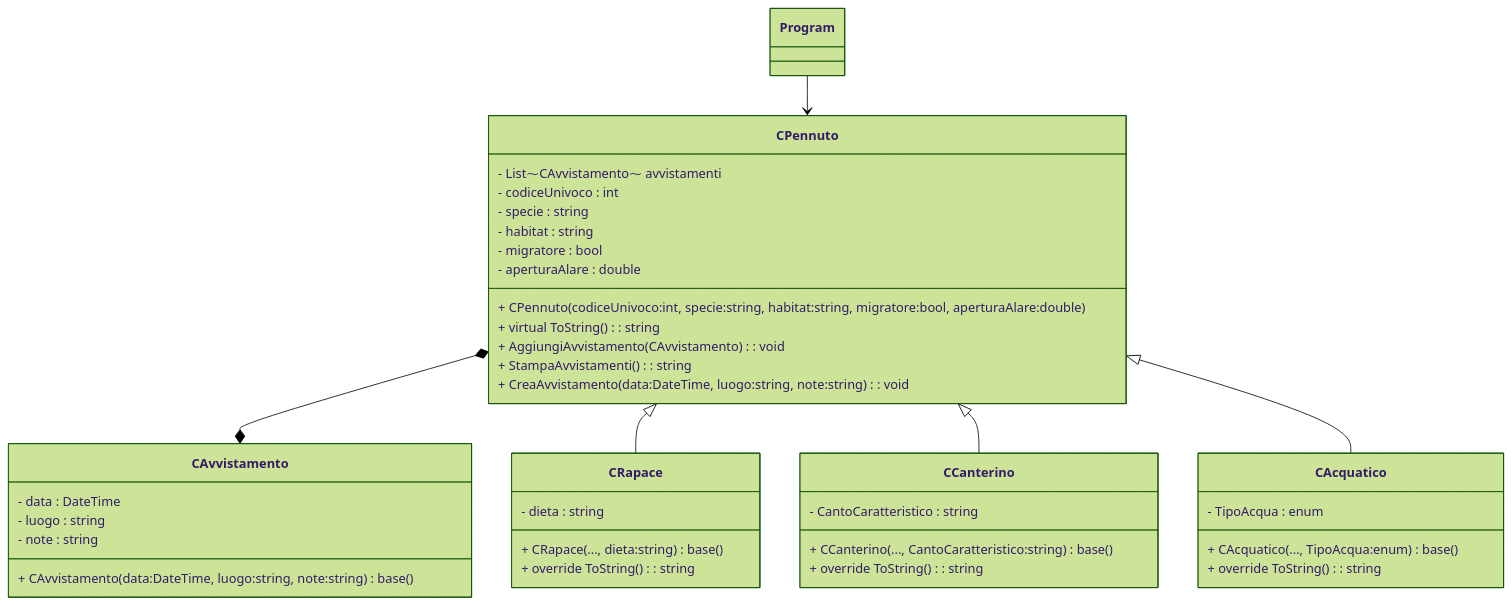
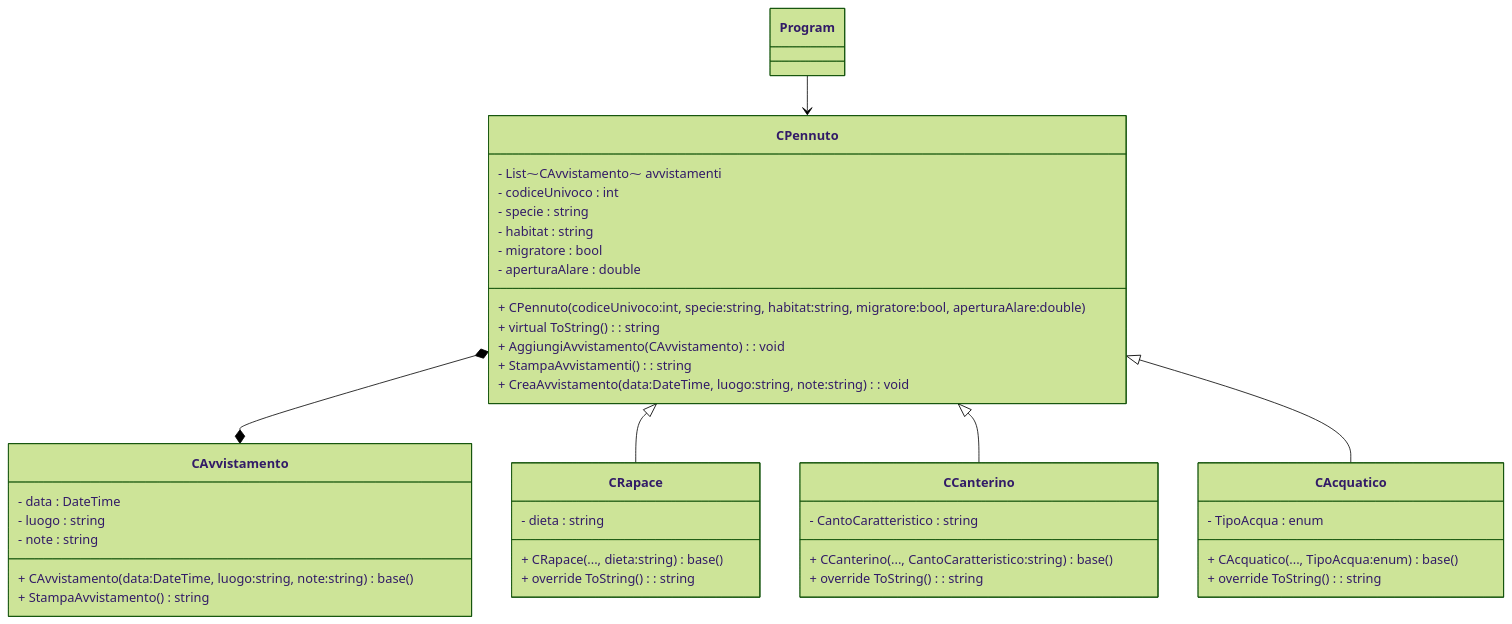
Before and after one commit to Loren-France/VisualStudio_C-_4BII_2026-2027: the diagram in esArchivioVolatili/UMLArchiviVolatili.md, drawn with Mermaid (forest theme). The commit also changed 16 other files, not shown here.

````diff
--- a/esArchivioVolatili/UMLArchiviVolatili.md
+++ b/esArchivioVolatili/UMLArchiviVolatili.md
@@ -1,61 +1,62 @@
 ```mermaid
 classDiagram
 
     %% CLASSI PRINCIPALI
     class CPennuto {
         - List⁓CAvvistamento⁓ avvistamenti
         - codiceUnivoco : int
         - specie : string
         - habitat : string
         - migratore : bool
         - aperturaAlare : double
 
         + CPennuto (codiceUnivoco:int, specie:string, habitat:string, migratore:bool, aperturaAlare:double)
         + virtual ToString() : string
         + AggiungiAvvistamento(CAvvistamento) : void
         + StampaAvvistamenti() : string
         + CreaAvvistamento(data:DateTime, luogo:string, note:string) : void
     }
 
     class CAvvistamento {
         - data : DateTime
         - luogo : string
         - note : string
 
         + CAvvistamento(data:DateTime, luogo:string, note:string) : base()
+        + StampaAvvistamento() string
     }
 
     class CRapace {
         - dieta : string
 
         + CRapace(..., dieta:string) : base()
         + override ToString() : string
     }
 
     class CCanterino {
         - CantoCaratteristico : string
 
         + CCanterino(..., CantoCaratteristico:string) : base()
         + override ToString() : string
     }
 
     class CAcquatico {
         - TipoAcqua : enum
 
         + CAcquatico(..., TipoAcqua:enum) : base()
         + override ToString() : string
     }
 
     %% RELAZIONI
 
     %% COMPOSIZIONE
     CPennuto *-- *CAvvistamento
 
     %% EREDITARIETÀ
     CPennuto <|-- CRapace
     CPennuto <|-- CCanterino
     CPennuto <|-- CAcquatico
 
     %% Program usa le classi ma non le possiede
     Program --> CPennuto
 ```
````
